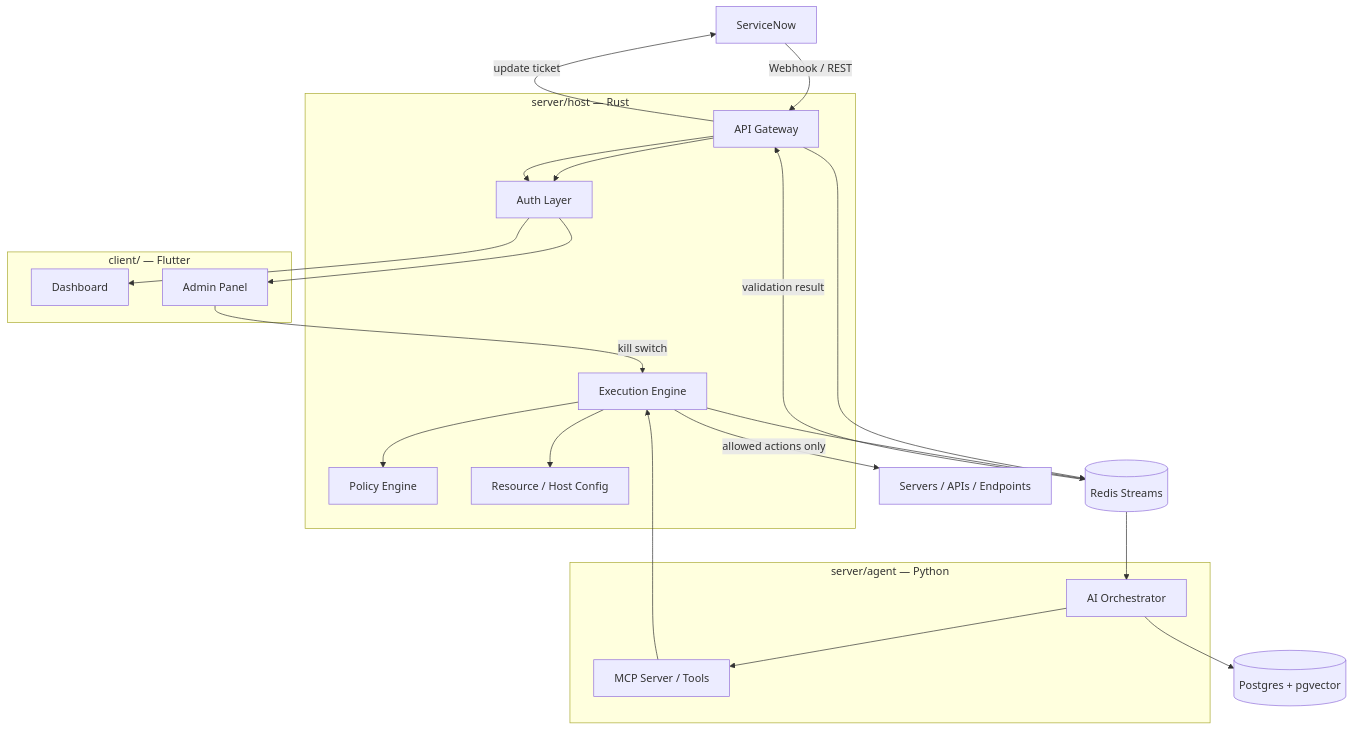
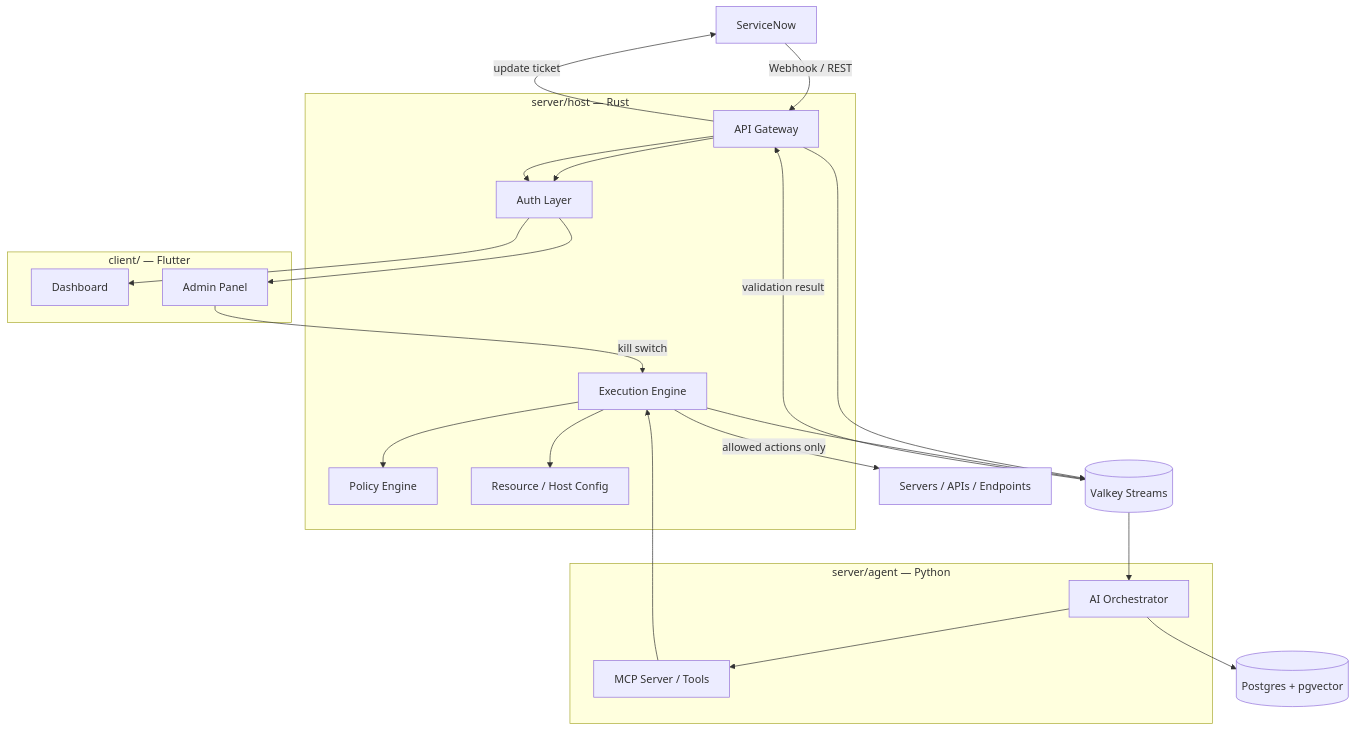
Before and after one commit to 211kamee/kks: the diagram in !docs/INFRA.md, drawn with Mermaid. The commit also changed other lines of this file and 1 other file, not shown here.

````diff
--- a/!docs/INFRA.md
+++ b/!docs/INFRA.md
@@ -12,40 +12,40 @@
 ```mermaid
 flowchart TD
     SN[ServiceNow] -->|Webhook / REST| GW
 
     subgraph Client["client/ — Flutter"]
         DASH[Dashboard]
         ADMIN[Admin Panel]
     end
 
     subgraph Host["server/host — Rust"]
         GW[API Gateway]
         AUTHZ[Auth Layer]
         POLICY[Policy Engine]
         EXEC[Execution Engine]
         RES[Resource / Host Config]
     end
 
     subgraph Agent["server/agent — Python"]
         ORCH[AI Orchestrator]
         MCP[MCP Server / Tools]
     end
 
-    STREAMS[(Redis Streams)]
+    STREAMS[(Valkey Streams)]
     PG[(Postgres + pgvector)]
 
     GW --> AUTHZ --> DASH
     GW --> AUTHZ --> ADMIN
     GW --> STREAMS
     STREAMS --> ORCH
     ORCH --> PG
     ORCH --> MCP
     MCP --> EXEC
     EXEC --> POLICY
     EXEC --> RES
     EXEC -->|allowed actions only| TARGETS[Servers / APIs / Endpoints]
     EXEC --> STREAMS
     STREAMS -->|validation result| GW
     GW -->|update ticket| SN
     ADMIN -->|kill switch| EXEC
 ```
````
